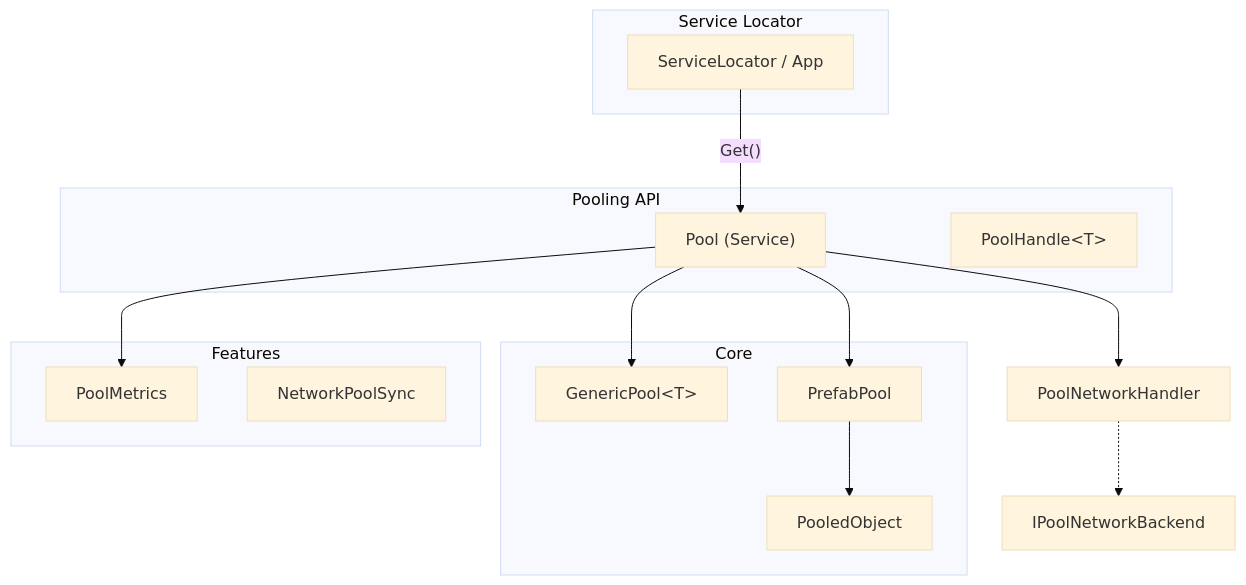
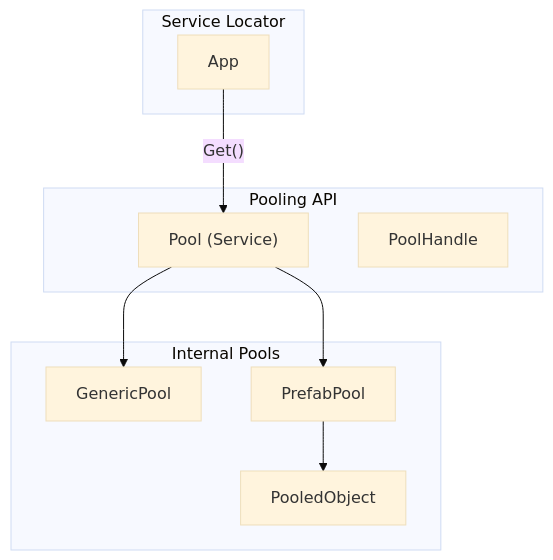
One commit to eraflo/Catalyst changed the diagram in Documentation~/Modules/Pooling.md. Above: the diagram before and after it, drawn with Mermaid (base theme). The commit also changed other lines of this file, not shown here.

Commit message:
doc: update pool module doc

````diff
--- a/Documentation~/Modules/Pooling.md
+++ b/Documentation~/Modules/Pooling.md
@@ -33,30 +74,22 @@
 ```mermaid
 graph TB
     subgraph "Service Locator"
-        SL["ServiceLocator / App"]
+        SL["App"]
     end
 
     subgraph "Pooling API"
         PF["Pool (Service)"]
-        PH["PoolHandle&lt;T&gt;"]
+        PH["PoolHandle<T>"]
     end
 
-    subgraph "Core"
-        GP["GenericPool&lt;T&gt;"]
+    subgraph "Internal Pools"
+        GP["GenericPool<T>"]
         PP["PrefabPool"]
         PO["PooledObject"]
     end
 
-    subgraph "Features"
-        PM["PoolMetrics"]
-        NPS["NetworkPoolSync"]
-    end
-
-    SL -- "Get<Pool>()" --> PF
+    SL -->|"Get<Pool>()"| PF
     PF --> GP
     PF --> PP
     PP --> PO
-    PF --> PM
-    PF --> PNH["PoolNetworkHandler"]
-    PNH -.-> IPB["IPoolNetworkBackend"]
 ```
````
